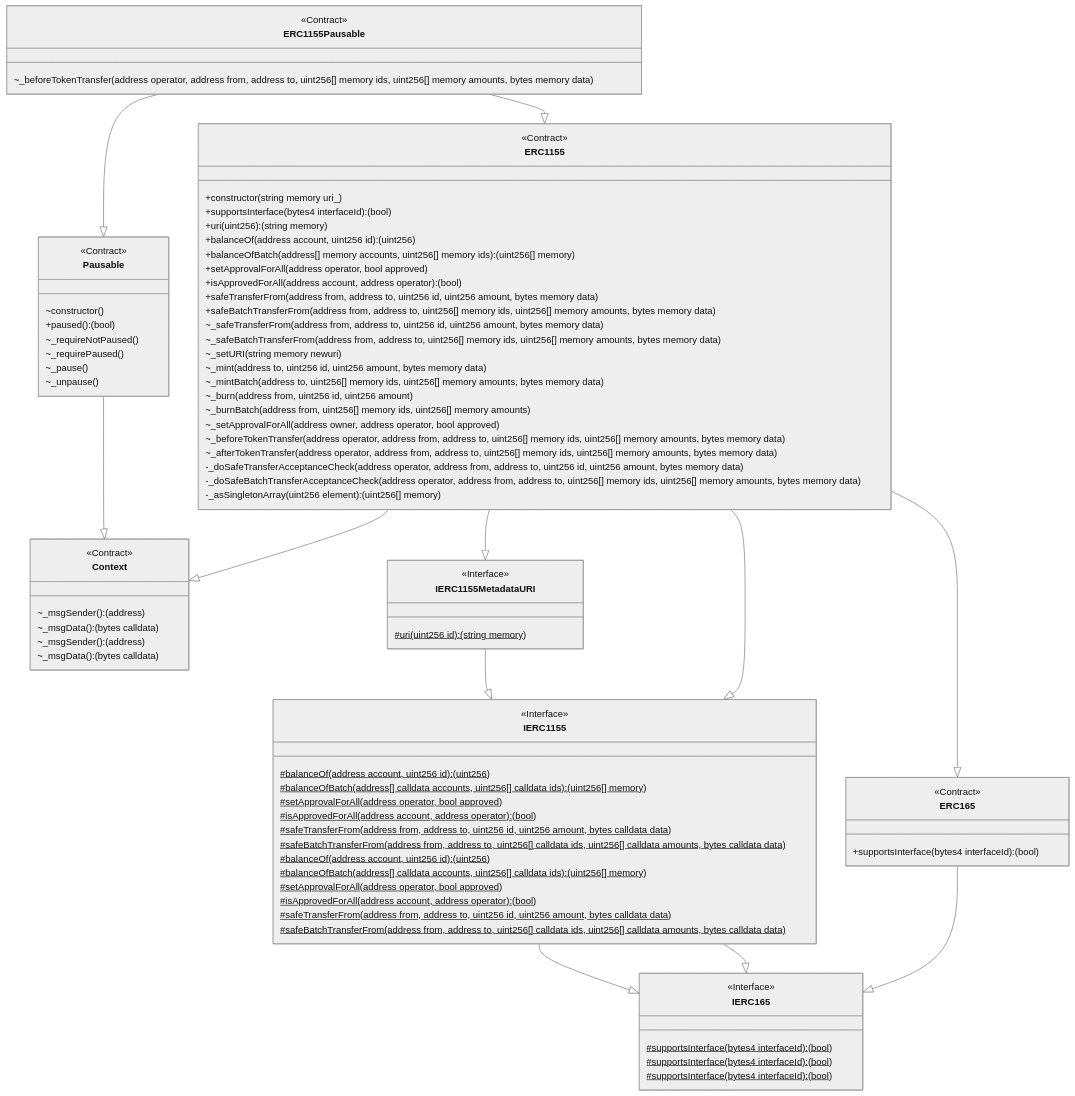
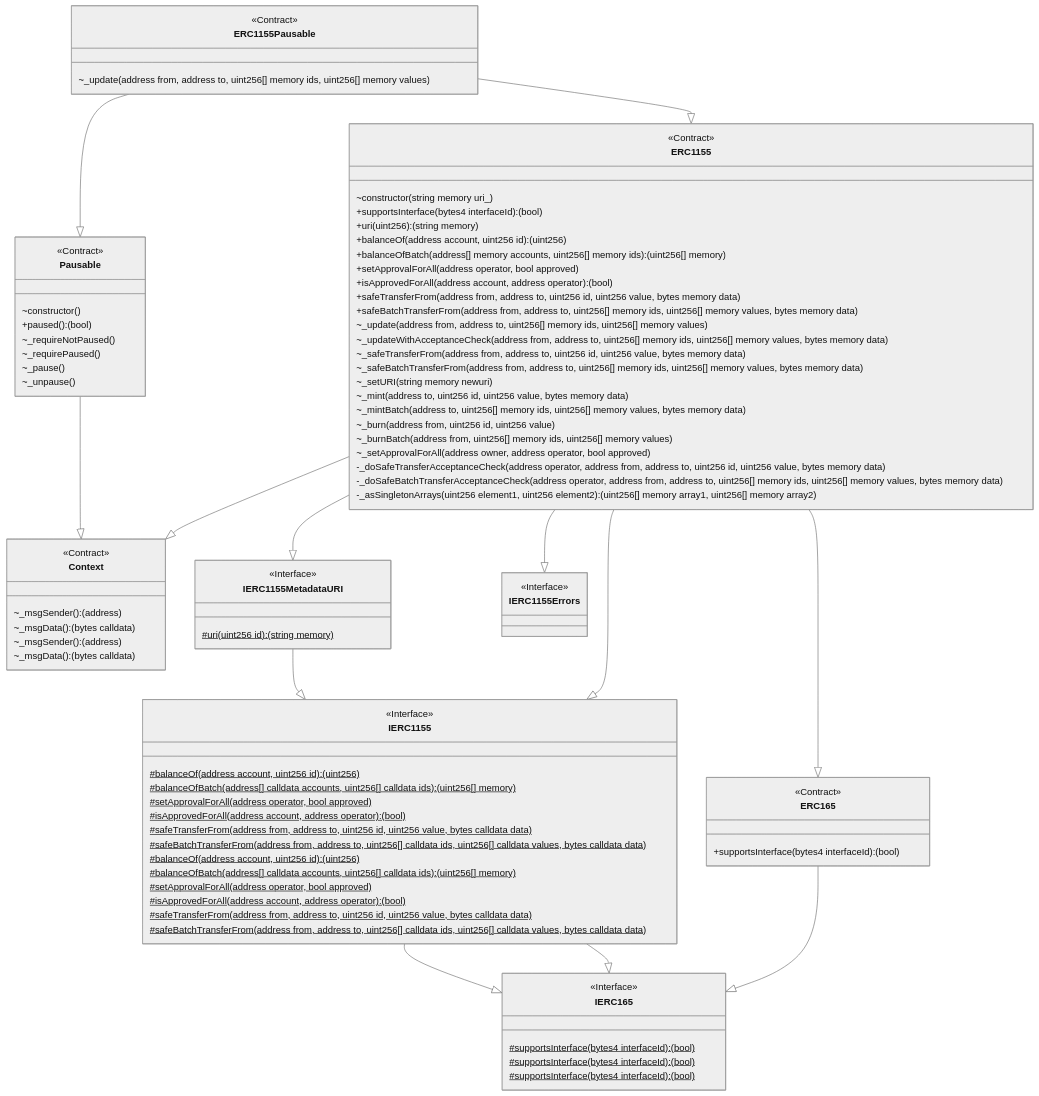
The diagram in generated/@openzeppelin/contracts/token/ERC1155/extensions/ERC1155Pausable.mmd (ernestognw/mermaid-contracts), drawn with Mermaid (neutral theme) before and after one commit. The commit also changed 201 other files, not shown here.

```diff
--- a/generated/@openzeppelin/contracts/token/ERC1155/extensions/ERC1155Pausable.mmd
+++ b/generated/@openzeppelin/contracts/token/ERC1155/extensions/ERC1155Pausable.mmd
@@ -1,132 +1,139 @@
 classDiagram
-  %% 507:585:4
+  %% 939:412:4
   class ERC1155Pausable {
     <<Contract>>
-    ~_beforeTokenTransfer(address operator, address from, address to, uint256[] memory ids, uint256[] memory amounts, bytes memory data)
+    ~_update(address from, address to, uint256[] memory ids, uint256[] memory values)
   }
   
   ERC1155Pausable --|> ERC1155
   
-  %% 570:16689:1
+  %% 727:16204:1
   class ERC1155 {
     <<Contract>>
-    +constructor(string memory uri_)
+    ~constructor(string memory uri_)
     +supportsInterface(bytes4 interfaceId): (bool)
     +uri(uint256): (string memory)
     +balanceOf(address account, uint256 id): (uint256)
     +balanceOfBatch(address[] memory accounts, uint256[] memory ids): (uint256[] memory)
     +setApprovalForAll(address operator, bool approved)
     +isApprovedForAll(address account, address operator): (bool)
-    +safeTransferFrom(address from, address to, uint256 id, uint256 amount, bytes memory data)
-    +safeBatchTransferFrom(address from, address to, uint256[] memory ids, uint256[] memory amounts, bytes memory data)
-    ~_safeTransferFrom(address from, address to, uint256 id, uint256 amount, bytes memory data)
-    ~_safeBatchTransferFrom(address from, address to, uint256[] memory ids, uint256[] memory amounts, bytes memory data)
+    +safeTransferFrom(address from, address to, uint256 id, uint256 value, bytes memory data)
+    +safeBatchTransferFrom(address from, address to, uint256[] memory ids, uint256[] memory values, bytes memory data)
+    ~_update(address from, address to, uint256[] memory ids, uint256[] memory values)
+    ~_updateWithAcceptanceCheck(address from, address to, uint256[] memory ids, uint256[] memory values, bytes memory data)
+    ~_safeTransferFrom(address from, address to, uint256 id, uint256 value, bytes memory data)
+    ~_safeBatchTransferFrom(address from, address to, uint256[] memory ids, uint256[] memory values, bytes memory data)
     ~_setURI(string memory newuri)
-    ~_mint(address to, uint256 id, uint256 amount, bytes memory data)
-    ~_mintBatch(address to, uint256[] memory ids, uint256[] memory amounts, bytes memory data)
-    ~_burn(address from, uint256 id, uint256 amount)
-    ~_burnBatch(address from, uint256[] memory ids, uint256[] memory amounts)
+    ~_mint(address to, uint256 id, uint256 value, bytes memory data)
+    ~_mintBatch(address to, uint256[] memory ids, uint256[] memory values, bytes memory data)
+    ~_burn(address from, uint256 id, uint256 value)
+    ~_burnBatch(address from, uint256[] memory ids, uint256[] memory values)
     ~_setApprovalForAll(address owner, address operator, bool approved)
-    ~_beforeTokenTransfer(address operator, address from, address to, uint256[] memory ids, uint256[] memory amounts, bytes memory data)
-    ~_afterTokenTransfer(address operator, address from, address to, uint256[] memory ids, uint256[] memory amounts, bytes memory data)
-    -_doSafeTransferAcceptanceCheck(address operator, address from, address to, uint256 id, uint256 amount, bytes memory data)
-    -_doSafeBatchTransferAcceptanceCheck(address operator, address from, address to, uint256[] memory ids, uint256[] memory amounts, bytes memory data)
-    -_asSingletonArray(uint256 element): (uint256[] memory)
+    -_doSafeTransferAcceptanceCheck(address operator, address from, address to, uint256 id, uint256 value, bytes memory data)
+    -_doSafeBatchTransferAcceptanceCheck(address operator, address from, address to, uint256[] memory ids, uint256[] memory values, bytes memory data)
+    -_asSingletonArrays(uint256 element1, uint256 element2): (uint256[] memory array1, uint256[] memory array2)
   }
   
   ERC1155 --|> Context
   
-  %% 608:235:7
+  %% 624:235:7
   class Context {
     <<Contract>>
     ~_msgSender(): (address)
     ~_msgData(): (bytes calldata)
   }
   
   ERC1155 --|> ERC165
   
-  %% 726:260:8
+  %% 659:251:10
   class ERC165 {
     <<Contract>>
     +supportsInterface(bytes4 interfaceId): (bool)
   }
   
   ERC165 --|> IERC165
   
-  %% 405:447:9
+  %% 421:447:11
   class IERC165 {
     <<Interface>>
     #supportsInterface(bytes4 interfaceId): (bool)$
   }
   
   ERC1155 --|> IERC1155
   
-  %% 350:3723:2
+  %% 336:4384:2
   class IERC1155 {
     <<Interface>>
     #balanceOf(address account, uint256 id): (uint256)$
     #balanceOfBatch(address[] calldata accounts, uint256[] calldata ids): (uint256[] memory)$
     #setApprovalForAll(address operator, bool approved)$
     #isApprovedForAll(address account, address operator): (bool)$
-    #safeTransferFrom(address from, address to, uint256 id, uint256 amount, bytes calldata data)$
-    #safeBatchTransferFrom(address from, address to, uint256[] calldata ids, uint256[] calldata amounts, bytes calldata data)$
+    #safeTransferFrom(address from, address to, uint256 id, uint256 value, bytes calldata data)$
+    #safeBatchTransferFrom(address from, address to, uint256[] calldata ids, uint256[] calldata values, bytes calldata data)$
   }
   
   IERC1155 --|> IERC165
   
-  %% 405:447:9
+  %% 421:447:11
   class IERC165 {
     <<Interface>>
     #supportsInterface(bytes4 interfaceId): (bool)$
   }
   
   ERC1155 --|> IERC1155MetadataURI
   
-  %% 364:310:5
+  %% 366:310:5
   class IERC1155MetadataURI {
     <<Interface>>
     #uri(uint256 id): (string memory)$
   }
   
   IERC1155MetadataURI --|> IERC1155
   
-  %% 350:3723:2
+  %% 336:4384:2
   class IERC1155 {
     <<Interface>>
     #balanceOf(address account, uint256 id): (uint256)$
     #balanceOfBatch(address[] calldata accounts, uint256[] calldata ids): (uint256[] memory)$
     #setApprovalForAll(address operator, bool approved)$
     #isApprovedForAll(address account, address operator): (bool)$
-    #safeTransferFrom(address from, address to, uint256 id, uint256 amount, bytes calldata data)$
-    #safeBatchTransferFrom(address from, address to, uint256[] calldata ids, uint256[] calldata amounts, bytes calldata data)$
+    #safeTransferFrom(address from, address to, uint256 id, uint256 value, bytes calldata data)$
+    #safeBatchTransferFrom(address from, address to, uint256[] calldata ids, uint256[] calldata values, bytes calldata data)$
   }
   
   IERC1155 --|> IERC165
   
-  %% 405:447:9
+  %% 421:447:11
   class IERC165 {
     <<Interface>>
     #supportsInterface(bytes4 interfaceId): (bool)$
   }
   
+  ERC1155 --|> IERC1155Errors
+  
+  %% 4424:2107:0
+  class IERC1155Errors {
+    <<Interface>>
+  }
+  
   ERC1155Pausable --|> Pausable
   
-  %% 602:1950:0
+  %% 615:2214:8
   class Pausable {
     <<Contract>>
     ~constructor()
     +paused(): (bool)
     ~_requireNotPaused()
     ~_requirePaused()
     ~_pause()
     ~_unpause()
   }
   
   Pausable --|> Context
   
-  %% 608:235:7
+  %% 624:235:7
   class Context {
     <<Contract>>
     ~_msgSender(): (address)
     ~_msgData(): (bytes calldata)
   }
```
